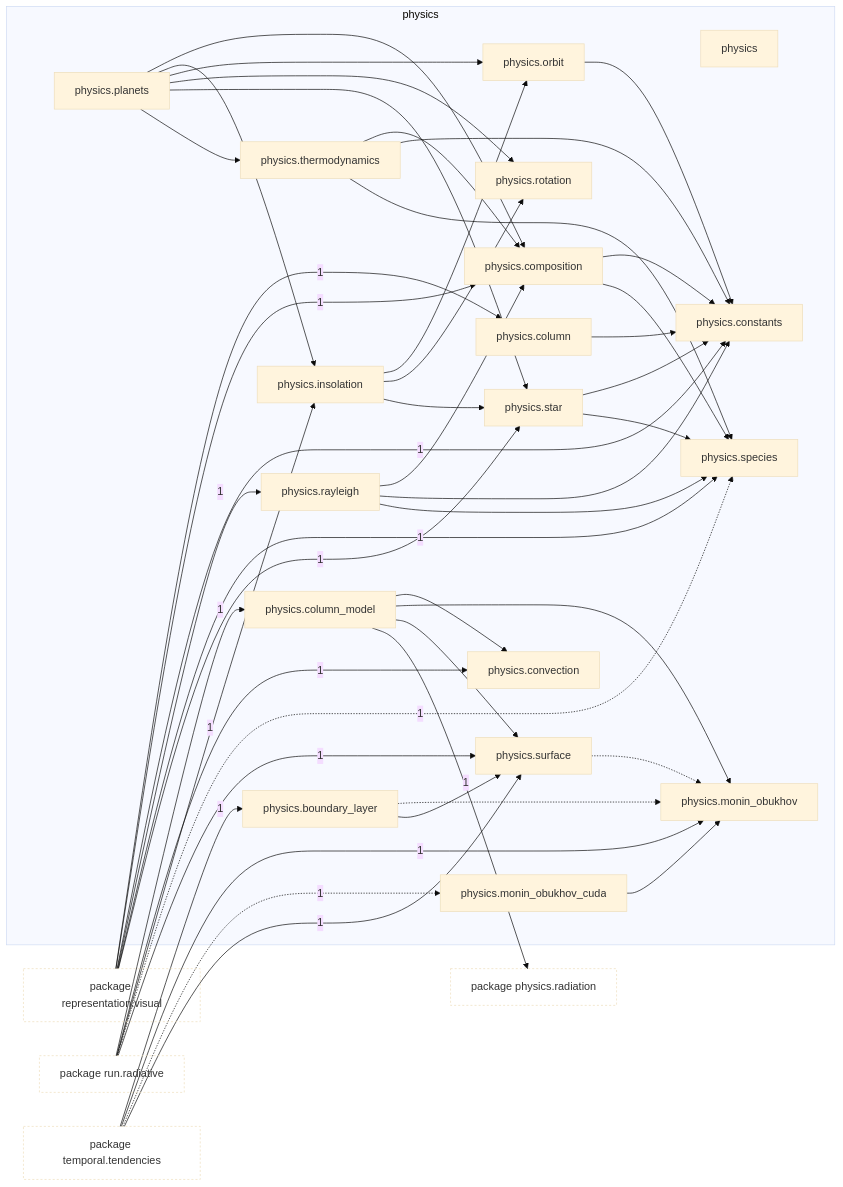
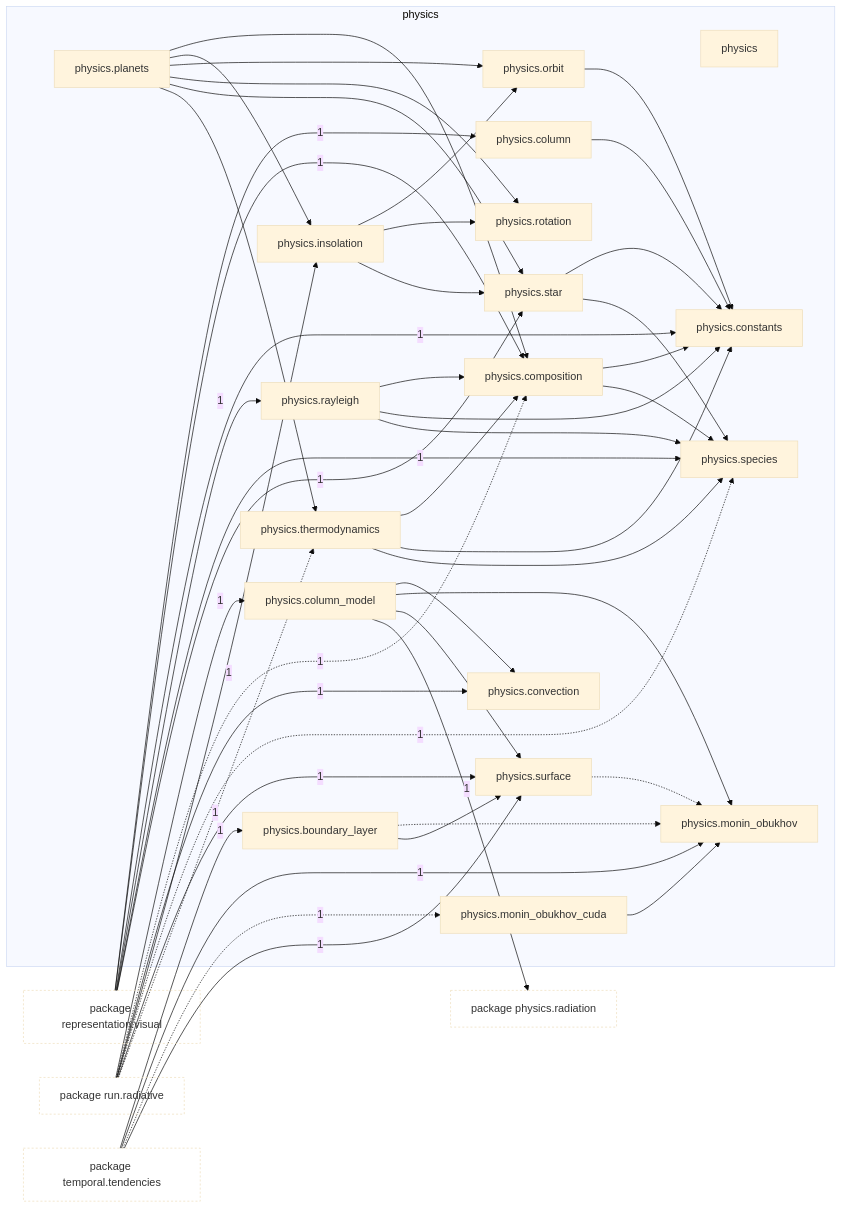
Before and after one commit to AlexandreEros/Palintropos: the first of 2 diagrams in docs/architecture/current/packages/tropoi.physics.md, drawn with Mermaid (base theme). The commit also changed 16 other files, not shown here.

Commit message:
docs(architecture): refresh the snapshot for the k-table configuration

````diff
--- a/docs/architecture/current/packages/tropoi.physics.md
+++ b/docs/architecture/current/packages/tropoi.physics.md
@@ -36,78 +36,80 @@
 ```mermaid
 %% Generated by tools.architecture 2.3.0. Do not edit by hand.
 %% Modules of tropoi.physics with imports in and out
 flowchart LR
     subgraph g_tropoi_ophysics["physics"]
         n_tropoi_ophysics["physics"]
         n_tropoi_ophysics_oboundary__layer["physics.boundary#95;layer"]
         n_tropoi_ophysics_ocolumn["physics.column"]
         n_tropoi_ophysics_ocolumn__model["physics.column#95;model"]
         n_tropoi_ophysics_ocomposition["physics.composition"]
         n_tropoi_ophysics_oconstants["physics.constants"]
         n_tropoi_ophysics_oconvection["physics.convection"]
         n_tropoi_ophysics_oinsolation["physics.insolation"]
         n_tropoi_ophysics_omonin__obukhov["physics.monin#95;obukhov"]
         n_tropoi_ophysics_omonin__obukhov__cuda["physics.monin#95;obukhov#95;cuda"]
         n_tropoi_ophysics_oorbit["physics.orbit"]
         n_tropoi_ophysics_oplanets["physics.planets"]
         n_tropoi_ophysics_orayleigh["physics.rayleigh"]
         n_tropoi_ophysics_orotation["physics.rotation"]
         n_tropoi_ophysics_ospecies["physics.species"]
         n_tropoi_ophysics_ostar["physics.star"]
         n_tropoi_ophysics_osurface["physics.surface"]
         n_tropoi_ophysics_othermodynamics["physics.thermodynamics"]
     end
     p_tropoi_ophysics_oradiation["package physics.radiation"]
     p_tropoi_orepresentation_ovisual["package representation.visual"]
     p_tropoi_orun_oradiative["package run.radiative"]
     p_tropoi_otemporal_otendencies["package temporal.tendencies"]
     n_tropoi_ophysics_oboundary__layer -.-> n_tropoi_ophysics_omonin__obukhov
     n_tropoi_ophysics_oboundary__layer --> n_tropoi_ophysics_osurface
     n_tropoi_ophysics_ocolumn --> n_tropoi_ophysics_oconstants
     n_tropoi_ophysics_ocolumn__model --> n_tropoi_ophysics_oconvection
     n_tropoi_ophysics_ocolumn__model --> n_tropoi_ophysics_omonin__obukhov
     n_tropoi_ophysics_ocolumn__model --> n_tropoi_ophysics_osurface
     n_tropoi_ophysics_ocomposition --> n_tropoi_ophysics_oconstants
     n_tropoi_ophysics_ocomposition --> n_tropoi_ophysics_ospecies
     n_tropoi_ophysics_oinsolation --> n_tropoi_ophysics_oorbit
     n_tropoi_ophysics_oinsolation --> n_tropoi_ophysics_orotation
     n_tropoi_ophysics_oinsolation --> n_tropoi_ophysics_ostar
     n_tropoi_ophysics_omonin__obukhov__cuda --> n_tropoi_ophysics_omonin__obukhov
     n_tropoi_ophysics_oorbit --> n_tropoi_ophysics_oconstants
     n_tropoi_ophysics_oplanets --> n_tropoi_ophysics_ocomposition
     n_tropoi_ophysics_oplanets --> n_tropoi_ophysics_oinsolation
     n_tropoi_ophysics_oplanets --> n_tropoi_ophysics_oorbit
     n_tropoi_ophysics_oplanets --> n_tropoi_ophysics_orotation
     n_tropoi_ophysics_oplanets --> n_tropoi_ophysics_ostar
     n_tropoi_ophysics_oplanets --> n_tropoi_ophysics_othermodynamics
     n_tropoi_ophysics_orayleigh --> n_tropoi_ophysics_ocomposition
     n_tropoi_ophysics_orayleigh --> n_tropoi_ophysics_oconstants
     n_tropoi_ophysics_orayleigh --> n_tropoi_ophysics_ospecies
     n_tropoi_ophysics_ostar --> n_tropoi_ophysics_oconstants
     n_tropoi_ophysics_ostar --> n_tropoi_ophysics_ospecies
     n_tropoi_ophysics_osurface -.-> n_tropoi_ophysics_omonin__obukhov
     n_tropoi_ophysics_othermodynamics --> n_tropoi_ophysics_ocomposition
     n_tropoi_ophysics_othermodynamics --> n_tropoi_ophysics_oconstants
     n_tropoi_ophysics_othermodynamics --> n_tropoi_ophysics_ospecies
     p_tropoi_orepresentation_ovisual -->|1| n_tropoi_ophysics_ocolumn
     p_tropoi_orepresentation_ovisual -->|1| n_tropoi_ophysics_ocomposition
     p_tropoi_orepresentation_ovisual -->|1| n_tropoi_ophysics_oconstants
     p_tropoi_orepresentation_ovisual -->|1| n_tropoi_ophysics_orayleigh
     p_tropoi_orepresentation_ovisual -->|1| n_tropoi_ophysics_ospecies
     p_tropoi_orepresentation_ovisual -->|1| n_tropoi_ophysics_ostar
     p_tropoi_orun_oradiative -->|1| n_tropoi_ophysics_ocolumn__model
+    p_tropoi_orun_oradiative -.->|1| n_tropoi_ophysics_ocomposition
     p_tropoi_orun_oradiative -->|1| n_tropoi_ophysics_oconvection
     p_tropoi_orun_oradiative -->|1| n_tropoi_ophysics_oinsolation
     p_tropoi_orun_oradiative -.->|1| n_tropoi_ophysics_ospecies
     p_tropoi_orun_oradiative -->|1| n_tropoi_ophysics_osurface
+    p_tropoi_orun_oradiative -.->|1| n_tropoi_ophysics_othermodynamics
     p_tropoi_otemporal_otendencies -->|1| n_tropoi_ophysics_oboundary__layer
     p_tropoi_otemporal_otendencies -->|1| n_tropoi_ophysics_omonin__obukhov
     p_tropoi_otemporal_otendencies -.->|1| n_tropoi_ophysics_omonin__obukhov__cuda
     p_tropoi_otemporal_otendencies -->|1| n_tropoi_ophysics_osurface
     n_tropoi_ophysics_ocolumn__model -->|1| p_tropoi_ophysics_oradiation
     classDef other fill:none,stroke-dasharray:3 3
     class p_tropoi_ophysics_oradiation other
     class p_tropoi_orepresentation_ovisual other
     class p_tropoi_orun_oradiative other
     class p_tropoi_otemporal_otendencies other
 ```
````
